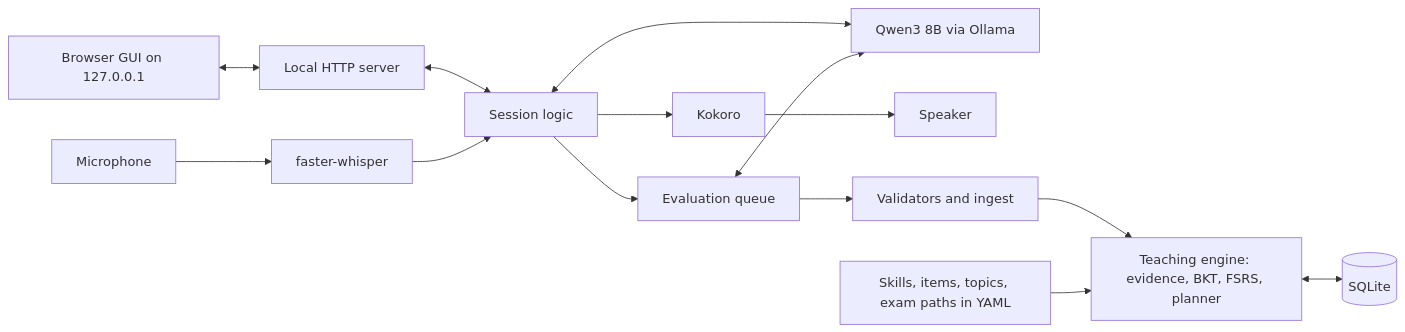
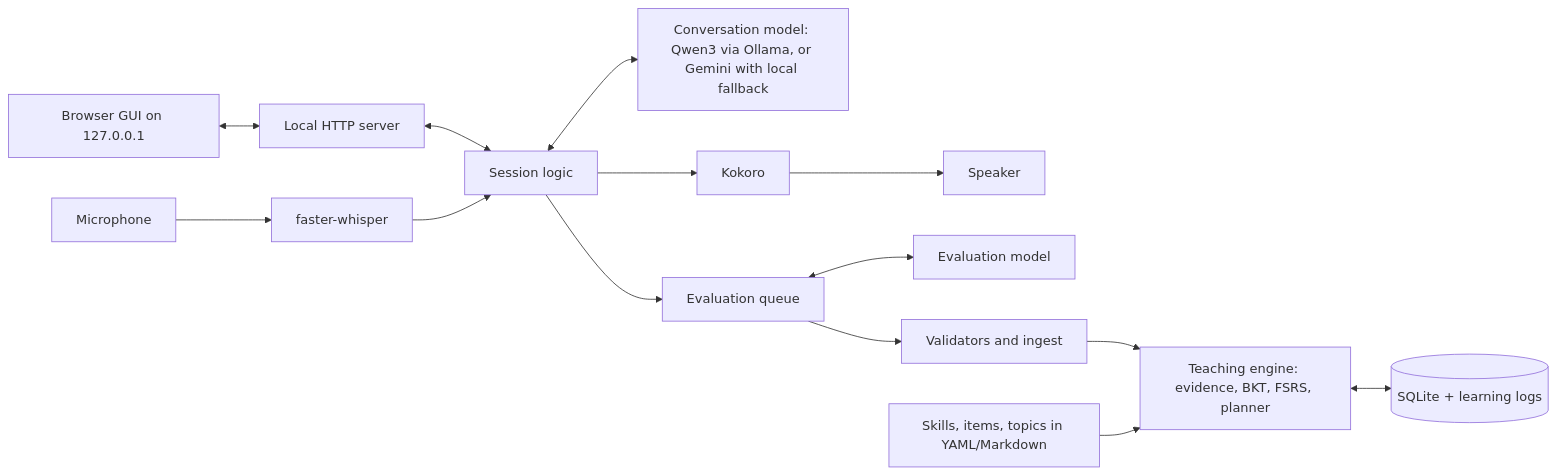
The diagram in README.md (krauzerl/english-ai-tutor), drawn with Mermaid before and after one commit. The commit also changed other lines of this file and 6 other files, not shown here.

````diff
--- a/README.md
+++ b/README.md
@@ -84,15 +269,15 @@
 ```mermaid
 flowchart LR
     GUI[Browser GUI on 127.0.0.1] <--> SRV[Local HTTP server]
     SRV <--> APP[Session logic]
     MIC[Microphone] --> STT[faster-whisper]
     STT --> APP
-    APP <--> LLM[Qwen3 8B via Ollama]
+    APP <--> LLM[Conversation model: Qwen3 via Ollama, or Gemini with local fallback]
     APP --> TTS[Kokoro] --> SPK[Speaker]
     APP --> Q[Evaluation queue]
-    Q <--> LLM
+    Q <--> EV[Evaluation model]
     Q --> ING[Validators and ingest]
     ING --> ENG[Teaching engine: evidence, BKT, FSRS, planner]
-    ENG <--> DB[(SQLite)]
-    CONTENT[Skills, items, topics, exam paths in YAML] --> ENG
+    ENG <--> DB[(SQLite + learning logs)]
+    CONTENT[Skills, items, topics in YAML/Markdown] --> ENG
 ```
````
